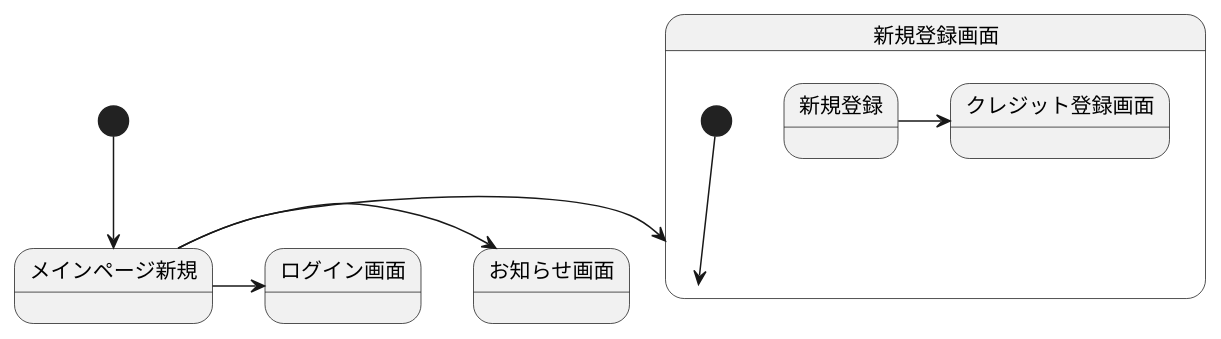
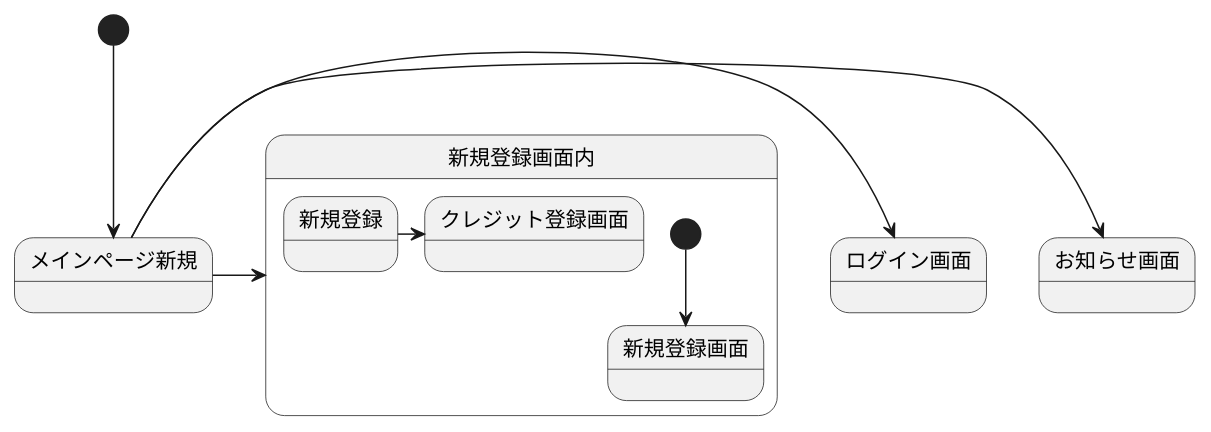
One commit to Aso2001147/2021SystemDesign changed the diagram in 画面遷移図.md. Above: the diagram before and after it, drawn with PlantUML.

````diff
--- a/画面遷移図.md
+++ b/画面遷移図.md
@@ -1,16 +1,16 @@
 ```uml
 @startuml
 [*] --> メインページ新規
 メインページ新規 -> お知らせ画面
 メインページ新規 -> ログイン画面
-メインページ新規 -> 新規登録画面
+メインページ新規 -> 新規登録画面内
 
-state 新規登録画面{
+state 新規登録画面内{
 [*] --> 新規登録画面
 新規登録 -> クレジット登録画面
 }
 
 
 
 @enduml
 ```
````
